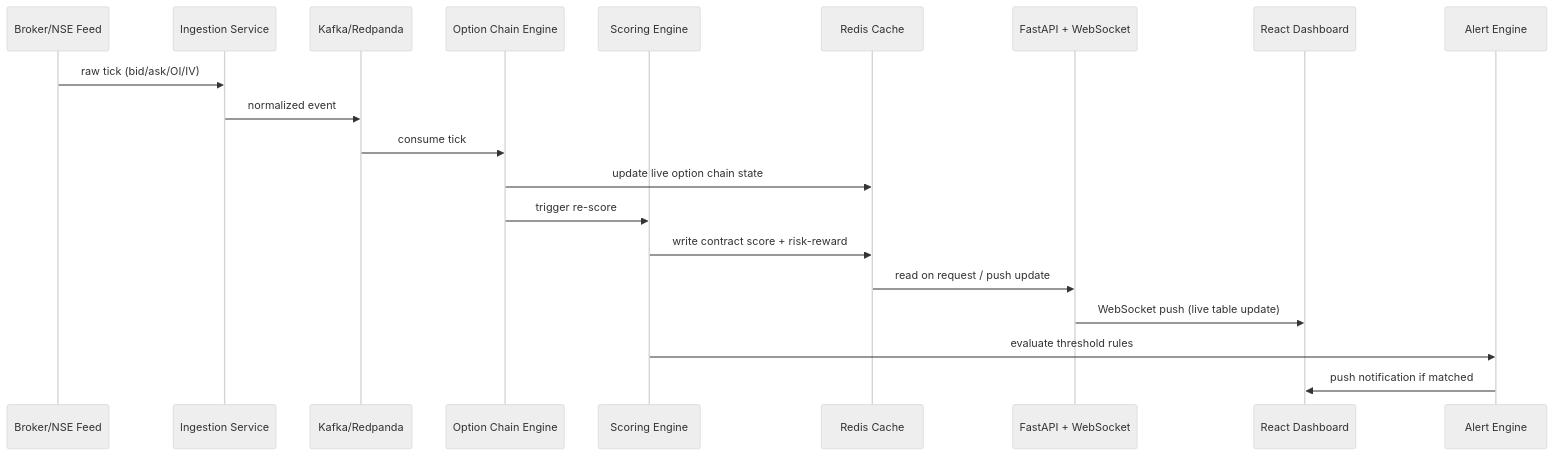
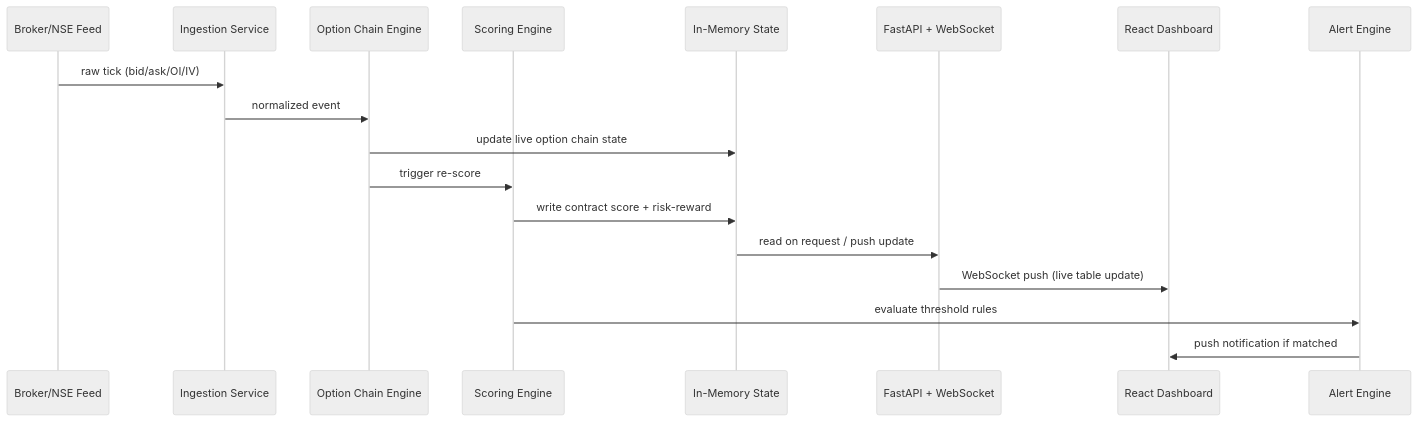
One commit to madhurendra186ms-max/Trading-app-test changed the second of 2 diagrams in docs/architecture.md. Above: the diagram before and after it, drawn with Mermaid (neutral theme). The commit also changed other lines of this file and 7 other files, not shown here.

````diff
--- a/docs/architecture.md
+++ b/docs/architecture.md
@@ -75,23 +75,21 @@
 ```mermaid
 sequenceDiagram
     participant Feed as Broker/NSE Feed
     participant Ingest as Ingestion Service
-    participant Kafka as Kafka/Redpanda
     participant Chain as Option Chain Engine
     participant Score as Scoring Engine
-    participant Redis as Redis Cache
+    participant State as In-Memory State
     participant API as FastAPI + WebSocket
     participant UI as React Dashboard
     participant Alert as Alert Engine
 
     Feed->>Ingest: raw tick (bid/ask/OI/IV)
-    Ingest->>Kafka: normalized event
-    Kafka->>Chain: consume tick
-    Chain->>Redis: update live option chain state
+    Ingest->>Chain: normalized event
+    Chain->>State: update live option chain state
     Chain->>Score: trigger re-score
-    Score->>Redis: write contract score + risk-reward
-    Redis->>API: read on request / push update
+    Score->>State: write contract score + risk-reward
+    State->>API: read on request / push update
     API->>UI: WebSocket push (live table update)
     Score->>Alert: evaluate threshold rules
     Alert->>UI: push notification if matched
 ```
````
